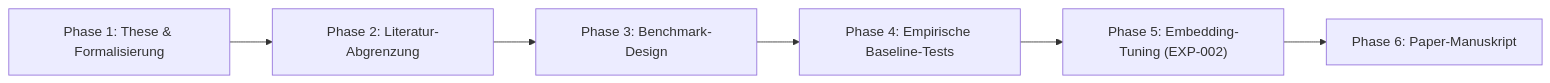
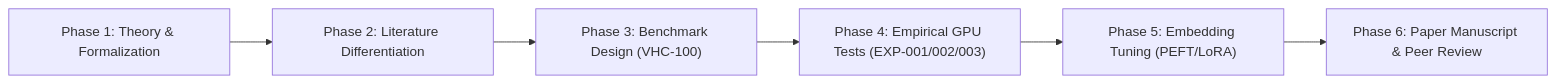
Before and after one commit to CodiBasti/LingualCompositeLearning: the diagram in dev/BACKLOG.md, drawn with Mermaid. The commit also changed other lines of this file and 46 other files, not shown here.

````diff
--- a/dev/BACKLOG.md
+++ b/dev/BACKLOG.md
@@ -11,8 +11,8 @@
 ```mermaid
 flowchart LR
-    P1["Phase 1: These & Formalisierung"] --> P2["Phase 2: Literatur-Abgrenzung"]
-    P2 --> P3["Phase 3: Benchmark-Design"]
-    P3 --> P4["Phase 4: Empirische Baseline-Tests"]
-    P4 --> P5["Phase 5: Embedding-Tuning (EXP-002)"]
-    P5 --> P6["Phase 6: Paper-Manuskript"]
+    P1["Phase 1: Theory & Formalization"] --> P2["Phase 2: Literature Differentiation"]
+    P2 --> P3["Phase 3: Benchmark Design (VHC-100)"]
+    P3 --> P4["Phase 4: Empirical GPU Tests (EXP-001/002/003)"]
+    P4 --> P5["Phase 5: Embedding Tuning (PEFT/LoRA)"]
+    P5 --> P6["Phase 6: Paper Manuscript & Peer Review"]
 ```
````
